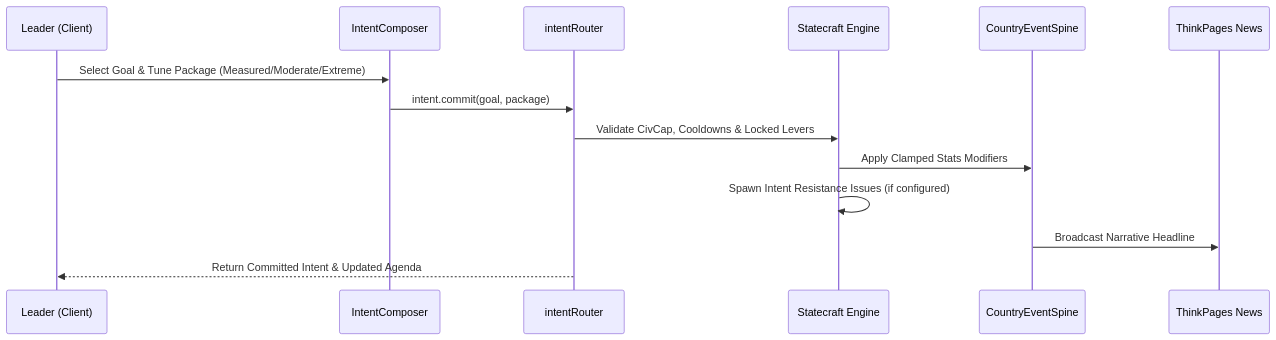
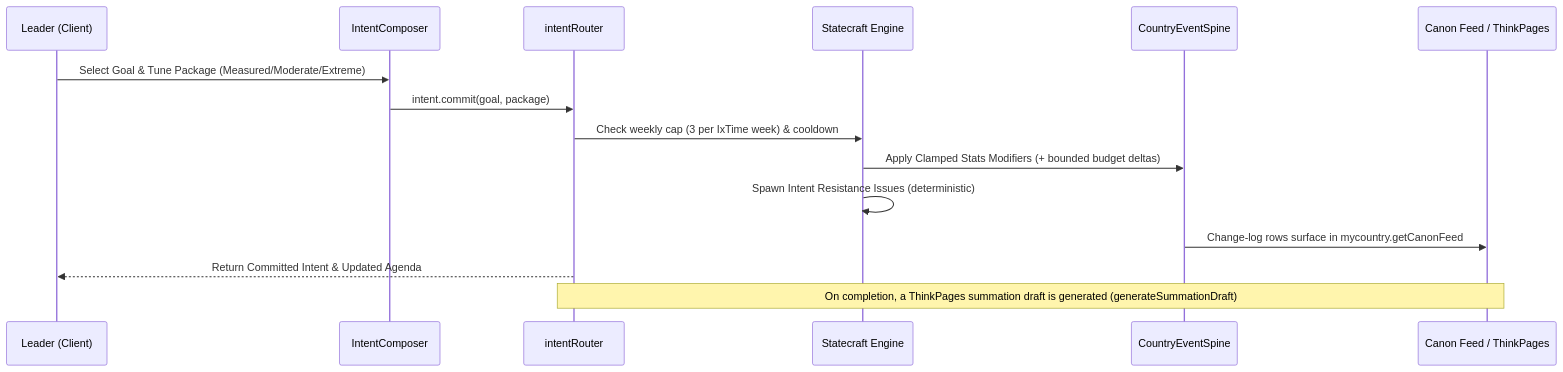
Before and after one commit to algolds/ixstats: the diagram in docs/systems/mycountry.md, drawn with Mermaid. The commit also changed other lines of this file and 69 other files, not shown here.

````diff
--- a/docs/systems/mycountry.md
+++ b/docs/systems/mycountry.md
@@ -60,17 +62,18 @@
 ```mermaid
 sequenceDiagram
     participant Player as Leader (Client)
     participant UI as IntentComposer
     participant Router as intentRouter
     participant Engine as Statecraft Engine
     participant Ledger as CountryEventSpine
-    participant Feed as ThinkPages News
+    participant Feed as Canon Feed / ThinkPages
 
     Player->>UI: Select Goal & Tune Package (Measured/Moderate/Extreme)
     UI->>Router: intent.commit(goal, package)
-    Router->>Engine: Validate CivCap, Cooldowns & Locked Levers
-    Engine->>Ledger: Apply Clamped Stats Modifiers
-    Engine->>Engine: Spawn Intent Resistance Issues (if configured)
-    Ledger->>Feed: Broadcast Narrative Headline
+    Router->>Engine: Check weekly cap (3 per IxTime week) & cooldown
+    Engine->>Ledger: Apply Clamped Stats Modifiers (+ bounded budget deltas)
+    Engine->>Engine: Spawn Intent Resistance Issues (deterministic)
+    Ledger->>Feed: Change-log rows surface in mycountry.getCanonFeed
     Router-->>Player: Return Committed Intent & Updated Agenda
+    Note over Router,Feed: On completion, a ThinkPages summation draft is generated (generateSummationDraft)
 ```
````
